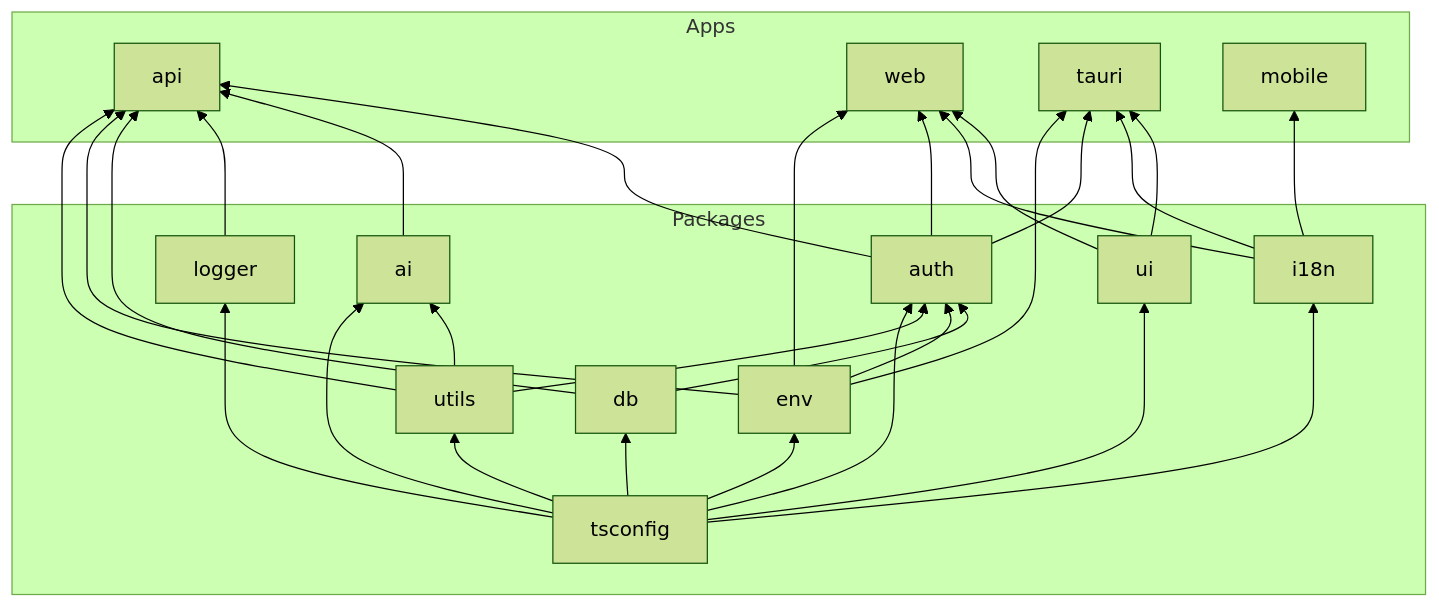
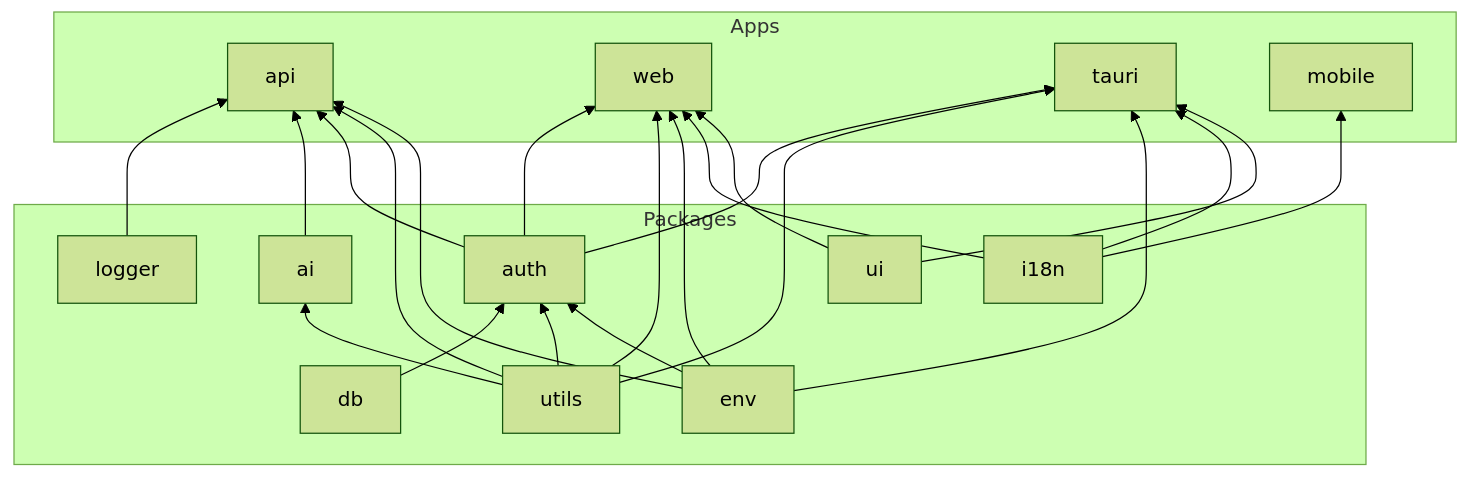
Before and after one commit to Pleasurecruise/my-monorepo: the diagram in docs/README.md, drawn with Mermaid (forest theme). The commit also changed other lines of this file and 33 other files, not shown here.

````diff
--- a/docs/README.md
+++ b/docs/README.md
@@ -24,31 +24,34 @@
 ```mermaid
 graph BT
     subgraph Packages
-        TSCONFIG[tsconfig]
         UTILS[utils]
         ENV[env]
         I18N[i18n]
         UI[ui]
         LOGGER[logger]
         DB[db]
         AUTH[auth]
         AI[ai]
     end
 
     subgraph Apps
         API[api]
         WEB[web]
         TAURI[tauri]
         MOBILE[mobile]
     end
 
-    TSCONFIG --> UTILS & ENV & I18N & UI & LOGGER & DB & AUTH & AI
-    UTILS --> AUTH & AI & API
-    ENV --> AUTH & API & WEB & TAURI
-    DB --> AUTH & API
-    LOGGER --> API
-    AI --> API
+    %% package → package
+    DB --> AUTH
+    UTILS --> AUTH & AI
+    ENV --> AUTH
+
+    %% packages → API
+    LOGGER & AI --> API
     AUTH --> API & WEB & TAURI
-    I18N --> WEB & TAURI & MOBILE
-    UI --> WEB & TAURI
+    UTILS & ENV --> API & WEB & TAURI
+
+    %% packages → WEB / TAURI / MOBILE
+    I18N & UI --> WEB & TAURI
+    I18N --> MOBILE
 ```
````
